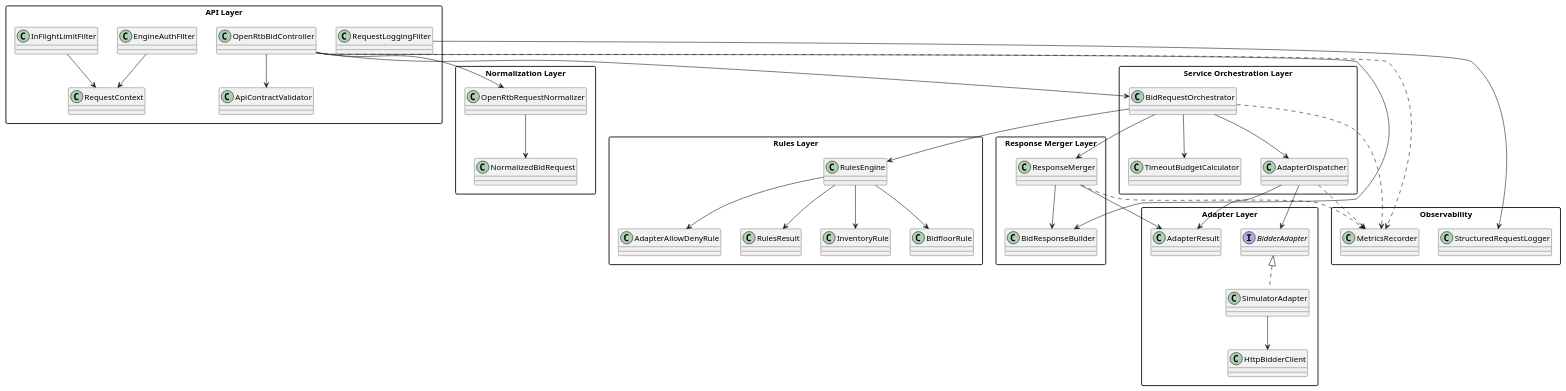
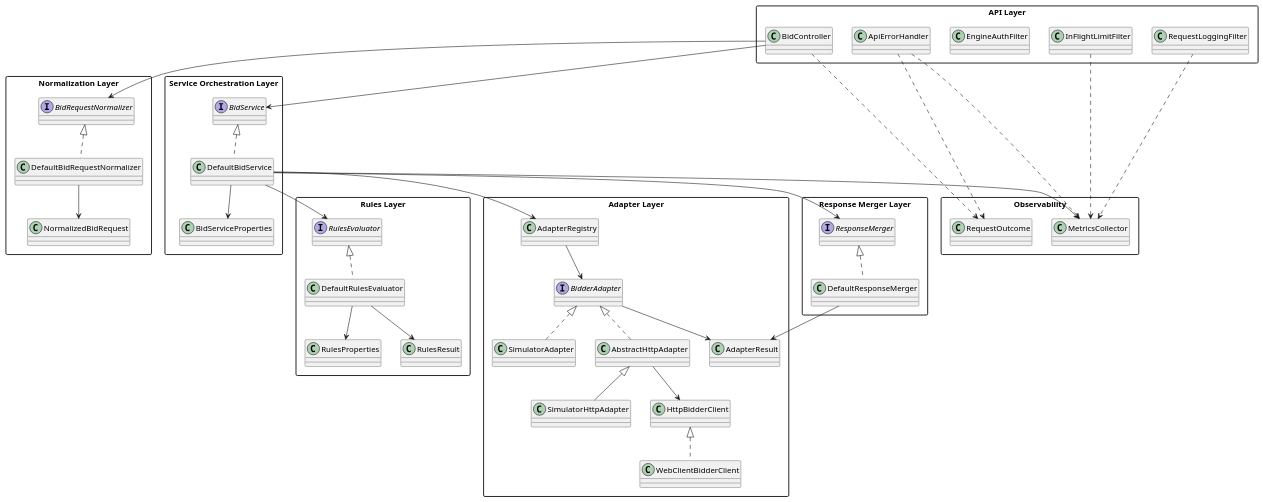
Before and after one commit to rodede/bidbridge-openrtb-gateway: the diagram in bidbridge-engine/docs/architecture-class-diagram.puml, drawn with PlantUML. The commit also changed 13 other files, not shown here.

Commit message:
refactor(engine): centralize metrics/outcomes and simplify bad-request error handling

```diff
--- a/bidbridge-engine/docs/architecture-class-diagram.puml
+++ b/bidbridge-engine/docs/architecture-class-diagram.puml
@@ -1,82 +1,86 @@
 @startuml
 skinparam packageStyle rectangle
 skinparam classAttributeIconSize 0
 
 package "API Layer" {
-  class OpenRtbBidController
+  class BidController
+  class ApiErrorHandler
   class EngineAuthFilter
   class InFlightLimitFilter
   class RequestLoggingFilter
-  class ApiContractValidator
-  class RequestContext
 }
 
 package "Normalization Layer" {
-  class OpenRtbRequestNormalizer
+  interface BidRequestNormalizer
+  class DefaultBidRequestNormalizer
   class NormalizedBidRequest
 }
 
 package "Rules Layer" {
-  class RulesEngine
-  class InventoryRule
-  class BidfloorRule
-  class AdapterAllowDenyRule
+  interface RulesEvaluator
+  class DefaultRulesEvaluator
+  class RulesProperties
   class RulesResult
 }
 
 package "Service Orchestration Layer" {
-  class BidRequestOrchestrator
-  class TimeoutBudgetCalculator
-  class AdapterDispatcher
+  interface BidService
+  class DefaultBidService
+  class BidServiceProperties
 }
 
 package "Adapter Layer" {
+  class AdapterRegistry
   interface BidderAdapter
   class SimulatorAdapter
+  class SimulatorHttpAdapter
+  class AbstractHttpAdapter
   class HttpBidderClient
+  class WebClientBidderClient
   class AdapterResult
 }
 
 package "Response Merger Layer" {
-  class ResponseMerger
-  class BidResponseBuilder
+  interface ResponseMerger
+  class DefaultResponseMerger
 }
 
 package "Observability" {
-  class MetricsRecorder
-  class StructuredRequestLogger
+  class MetricsCollector
+  class RequestOutcome
 }
 
-OpenRtbBidController --> ApiContractValidator
-OpenRtbBidController --> OpenRtbRequestNormalizer
-OpenRtbBidController --> BidRequestOrchestrator
-OpenRtbBidController --> BidResponseBuilder
+BidController --> BidRequestNormalizer
+BidController --> BidService
+BidController ..> RequestOutcome
+ApiErrorHandler ..> MetricsCollector
+ApiErrorHandler ..> RequestOutcome
 
-EngineAuthFilter --> RequestContext
-InFlightLimitFilter --> RequestContext
-RequestLoggingFilter --> StructuredRequestLogger
+BidRequestNormalizer <|.. DefaultBidRequestNormalizer
+DefaultBidRequestNormalizer --> NormalizedBidRequest
 
-OpenRtbRequestNormalizer --> NormalizedBidRequest
+BidService <|.. DefaultBidService
+DefaultBidService --> AdapterRegistry
+DefaultBidService --> RulesEvaluator
+DefaultBidService --> ResponseMerger
+DefaultBidService --> MetricsCollector
+DefaultBidService --> BidServiceProperties
 
-BidRequestOrchestrator --> RulesEngine
-RulesEngine --> InventoryRule
-RulesEngine --> BidfloorRule
-RulesEngine --> AdapterAllowDenyRule
-RulesEngine --> RulesResult
+RulesEvaluator <|.. DefaultRulesEvaluator
+DefaultRulesEvaluator --> RulesProperties
+DefaultRulesEvaluator --> RulesResult
 
-BidRequestOrchestrator --> TimeoutBudgetCalculator
-BidRequestOrchestrator --> AdapterDispatcher
-AdapterDispatcher --> BidderAdapter
+AdapterRegistry --> BidderAdapter
 BidderAdapter <|.. SimulatorAdapter
-SimulatorAdapter --> HttpBidderClient
-AdapterDispatcher --> AdapterResult
+BidderAdapter <|.. AbstractHttpAdapter
+AbstractHttpAdapter <|-- SimulatorHttpAdapter
+AbstractHttpAdapter --> HttpBidderClient
+HttpBidderClient <|.. WebClientBidderClient
+BidderAdapter --> AdapterResult
 
-BidRequestOrchestrator --> ResponseMerger
-ResponseMerger --> AdapterResult
-ResponseMerger --> BidResponseBuilder
+ResponseMerger <|.. DefaultResponseMerger
+DefaultResponseMerger --> AdapterResult
 
-OpenRtbBidController ..> MetricsRecorder
-BidRequestOrchestrator ..> MetricsRecorder
-AdapterDispatcher ..> MetricsRecorder
-ResponseMerger ..> MetricsRecorder
+RequestLoggingFilter ..> MetricsCollector
+InFlightLimitFilter ..> MetricsCollector
 @enduml
```
